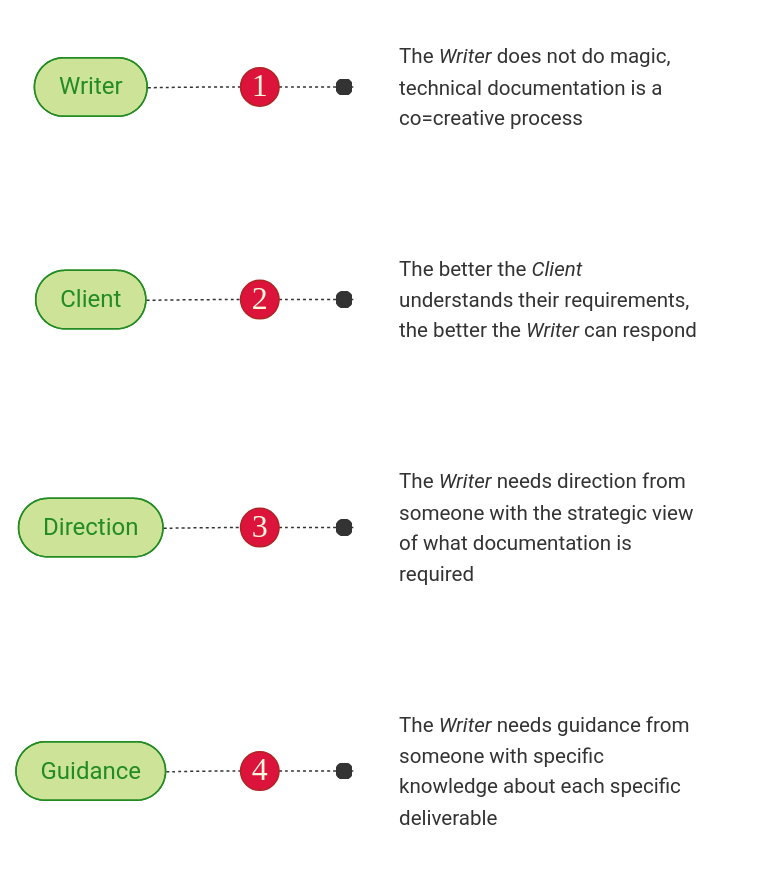
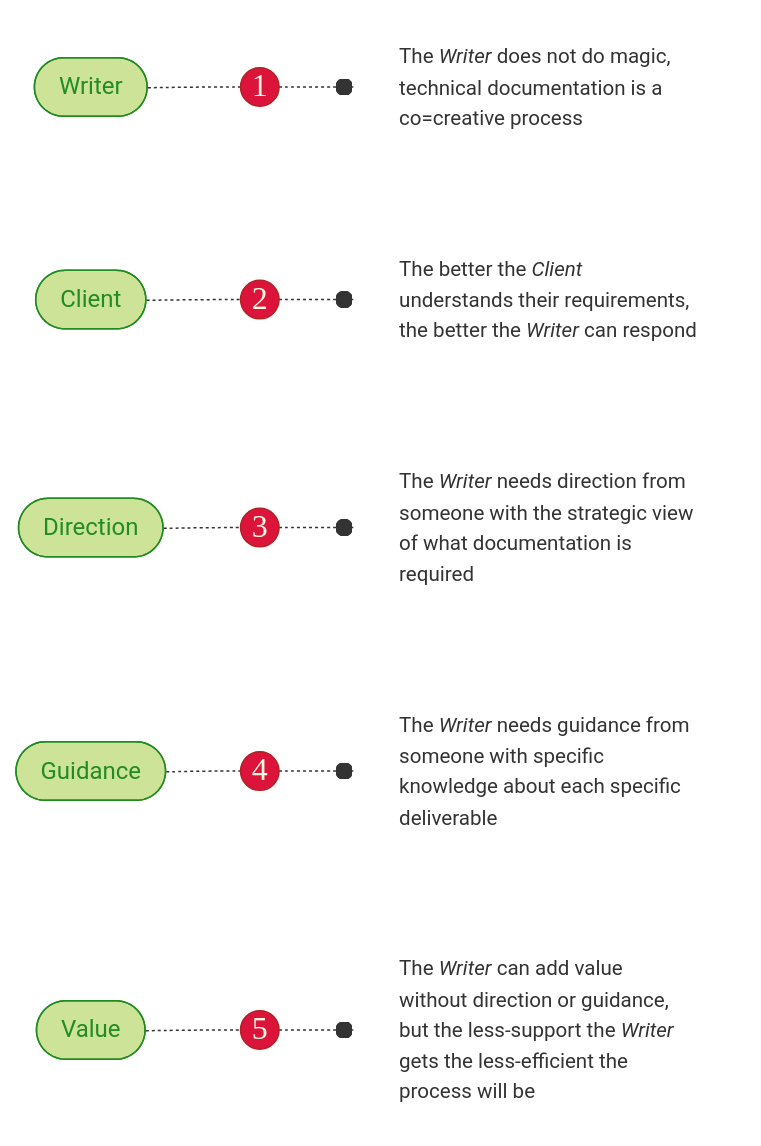
The diagram in contract_v2.md (joe-dorward/samples), drawn with Mermaid before and after one commit.

````diff
--- a/contract_v2.md
+++ b/contract_v2.md
@@ -1,45 +1,55 @@
 ```mermaid
 flowchart LR
 
   %% define styles
   classDef User fill:#cde498, stroke:forestgreen, color:forestgreen;
   classDef Number fill:crimson, color:cornsilk, stroke:firebrick, font-family:verdana, font-size:16pt, padding:10px;
   classDef Button fill:green, color:white;
   classDef Note fill:transparent, stroke:white, text-align:left, font-size: 95%;
 
   classDef Backend fill:mediumseagreen, stroke:white, color:honeydew;
   classDef Entity fill:lightcyan, stroke:royalblue, color:royalblue;
   
   %% ---------- ---------- ---------- ---------- ---------- ---------- ---------- ---------- ---------- ----------
   1(("1")):::Number
   WRITER_01([&nbsp;Writer&nbsp;]):::User
   WRITER_01_NOTE["The <i>Writer</i> does not do magic, technical documentation is a co=creative process"]:::Note
 
   WRITER_01-.-
   1-.-o
   WRITER_01_NOTE
   %% ---------- ---------- ---------- ---------- ---------- ---------- ---------- ---------- ---------- ----------
   2(("2")):::Number
   CLIENT_01([&nbsp;Client&nbsp;]):::User
   CLIENT_01_NOTE["The better the <i>Client</i> understands their requirements, the better the <i>Writer</i> can respond"]:::Note
 
   CLIENT_01-.-
   2-.-o
   CLIENT_01_NOTE
   %% ---------- ---------- ---------- ---------- ---------- ---------- ---------- ---------- ---------- ----------
   3(("3")):::Number
   DIRECTION_01([&nbsp;Direction&nbsp;]):::User
   DIRECTION_01_NOTE["The <i>Writer</i> needs direction from someone with the strategic view of what documentation is required"]:::Note
 
   DIRECTION_01-.-
   3-.-o
   DIRECTION_01_NOTE
   %% ---------- ---------- ---------- ---------- ---------- ---------- ---------- ---------- ---------- ----------
   4(("4")):::Number
   GUIDANCE_01([&nbsp;Guidance&nbsp;]):::User
   GUIDANCE_01_NOTE["The <i>Writer</i> needs guidance from someone with specific knowledge about each specific deliverable"]:::Note
 
   GUIDANCE_01-.-
   4-.-o
   GUIDANCE_01_NOTE
+  %% ---------- ---------- ---------- ---------- ---------- ---------- ---------- ---------- ---------- ----------
+  5(("5")):::Number
+  VALUE_01([&nbsp;Value&nbsp;]):::User
+  VALUE_01_NOTE["The <i>Writer</i> can add value without direction or guidance, but the less-support the <i>Writer</i> gets the less-efficient the process will be"]:::Note
+
+  VALUE_01-.-
+  5-.-o
+  VALUE_01_NOTE
+
+
 ```
````
